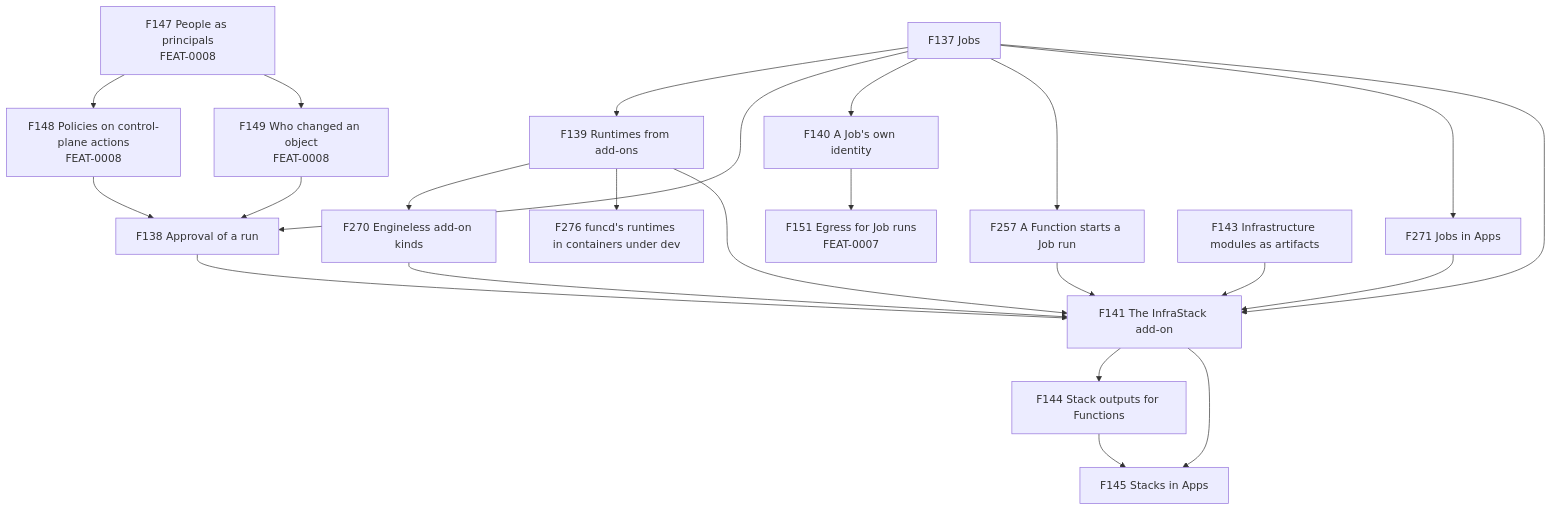
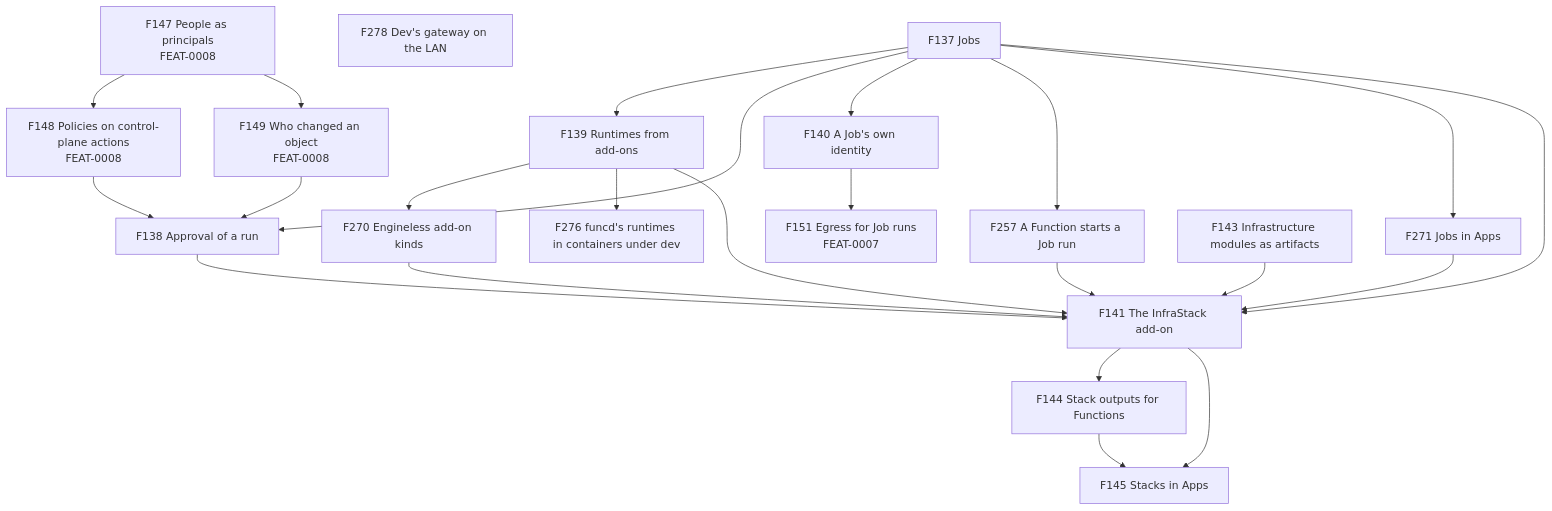
The first of 2 diagrams in docs/feat/0012-feat-infrastack.md (pyvvo/funcd), drawn with Mermaid before and after one commit. The commit also changed other lines of this file and 17 other files, not shown here.

````diff
--- a/docs/feat/0012-feat-infrastack.md
+++ b/docs/feat/0012-feat-infrastack.md
@@ -50,25 +50,26 @@
 ```mermaid
 flowchart TB
     F137["F137 Jobs"] --> F139["F139 Runtimes from add-ons"]
     F137 --> F138["F138 Approval of a run"]
     F137 --> F140["F140 A Job's own identity"]
     F137 --> F257["F257 A Function starts a Job run"]
     F137 --> F271["F271 Jobs in Apps"]
     F139 --> F270["F270 Engineless add-on kinds"]
     F139 --> F276["F276 funcd's runtimes in containers under dev"]
+    F278["F278 Dev's gateway on the LAN"]
     F147["F147 People as principals<br/>FEAT-0008"] --> F148["F148 Policies on control-plane actions<br/>FEAT-0008"]
     F147 --> F149["F149 Who changed an object<br/>FEAT-0008"]
     F148 --> F138
     F149 --> F138
     F140 --> F151["F151 Egress for Job runs<br/>FEAT-0007"]
     F137 --> F141["F141 The InfraStack add-on"]
     F138 --> F141
     F139 --> F141
     F257 --> F141
     F270 --> F141
     F271 --> F141
     F143["F143 Infrastructure modules as artifacts"] --> F141
     F141 --> F144["F144 Stack outputs for Functions"]
     F141 --> F145["F145 Stacks in Apps"]
     F144 --> F145
 ```
````
